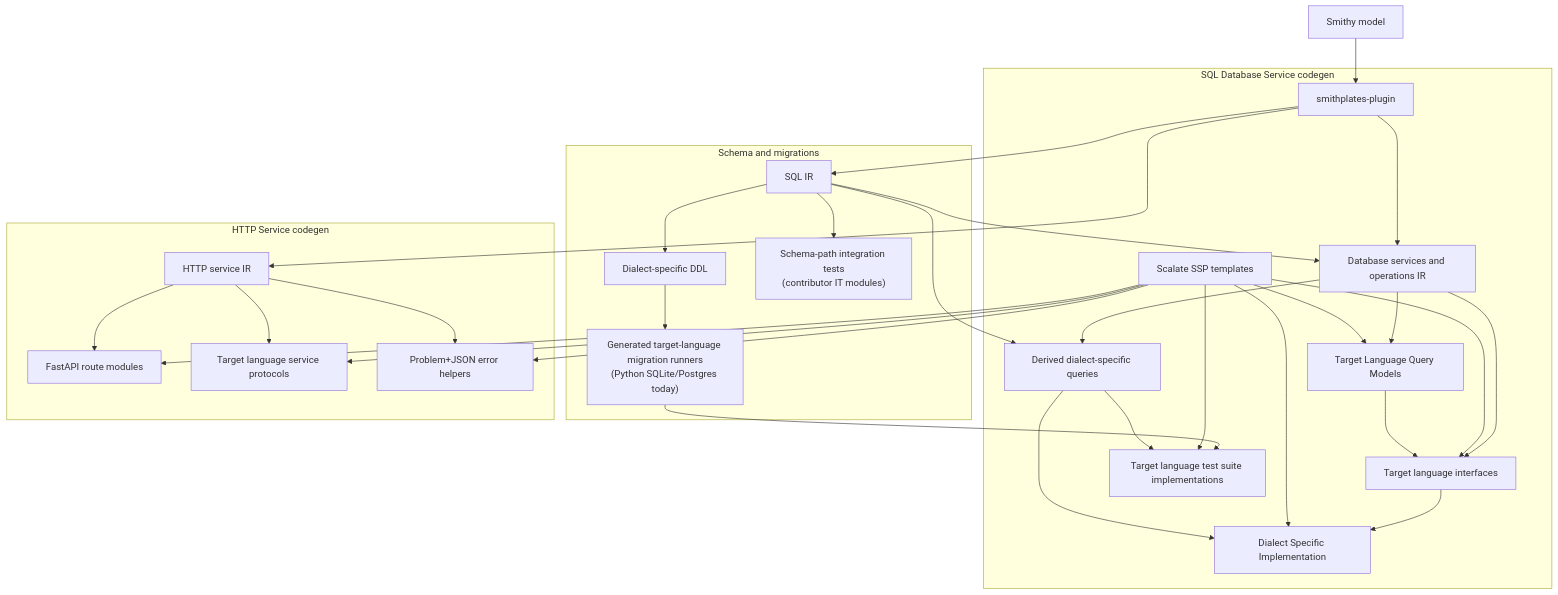
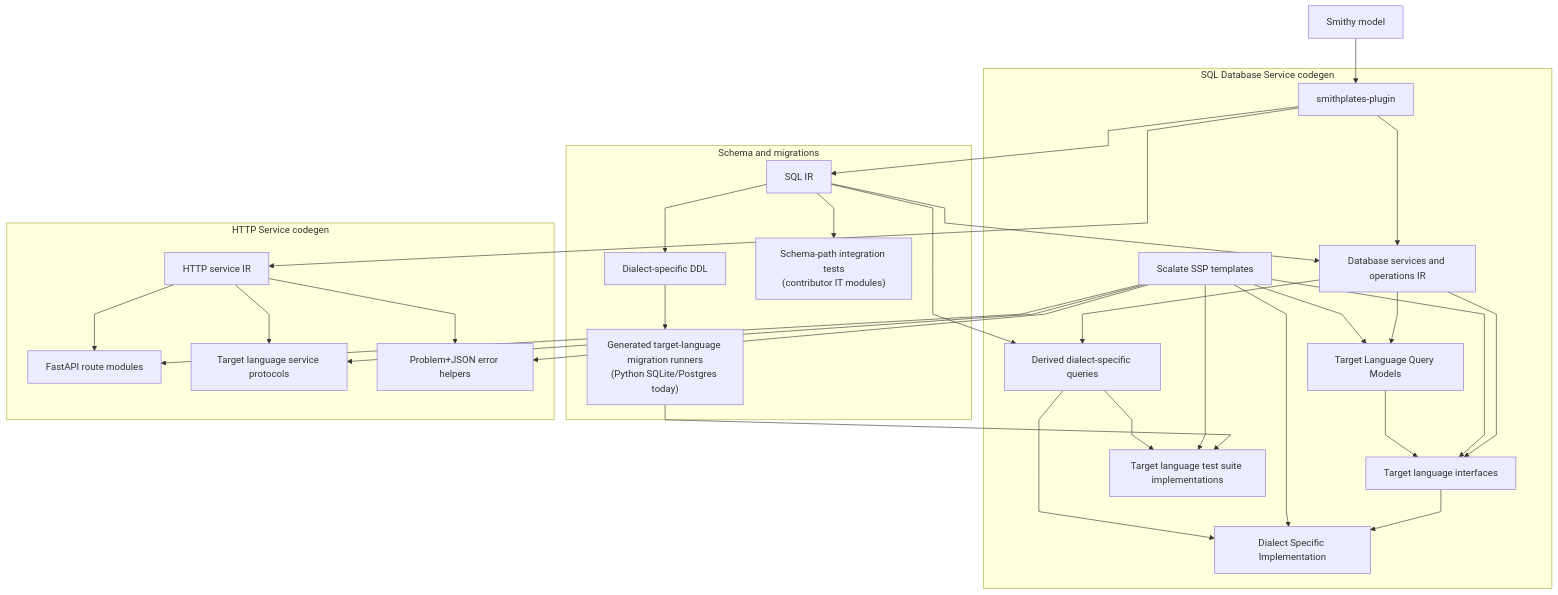
One commit to Jacoby6000/Smithplates changed the diagram in docs/reusable-components/architecture-pipeline.mmd. Above: the diagram before and after it, drawn with Mermaid. The commit also changed 2 other files, not shown here.

Commit message:
Use straight edges in architecture diagram.

```diff
--- a/docs/reusable-components/architecture-pipeline.mmd
+++ b/docs/reusable-components/architecture-pipeline.mmd
@@ -1,51 +1,52 @@
+%%{init: {"flowchart": {"curve": "linear"}}}%%
 flowchart TD
     SM["Smithy model"]
     SSP["smithplates-plugin"]
 
     SM --> SSP
 
     SSP --> SQLIR["SQL IR"]
     SSP --> HTTPIR["HTTP service IR"]
 
 
     subgraph schema["Schema and migrations"]
         SQLIR --> DDL["Dialect-specific DDL"]
         SQLIR --> SchemaIT["Schema-path integration tests<br/>(contributor IT modules)"]
         
         Migration["Generated target-language migration runners<br/>(Python SQLite/Postgres today)"]
         DDL   --> Migration
     end
 
     subgraph services["SQL Database Service codegen"]
         SSP   --> SVCIR["Database services and operations IR"]
         SQLIR --> SVCIR
         
         MT["Scalate SSP templates"]
         SVCIR --> TLQM["Target Language Query Models"]
         MT    --> TLQM
 
         SVCIR --> Interfaces["Target language interfaces"]
         MT    --> Interfaces   
         TLQM  --> Interfaces
 
         SVCIR --> DerivedQueries["Derived dialect-specific queries"]
         SQLIR --> DerivedQueries
 
         Interfaces     --> Impl["Dialect Specific Implementation"]
         MT             --> Impl        
         DerivedQueries --> Impl
 
         Migration      --> TestImpl["Target language test suite implementations"]
         MT             --> TestImpl
         DerivedQueries --> TestImpl
 
     end
 
     subgraph http["HTTP Service codegen"]
         HTTPIR --> Routes["FastAPI route modules"]
         HTTPIR --> Protocols["Target language service protocols"]
         HTTPIR --> Problems["Problem+JSON error helpers"]
         MT --> Routes
         MT --> Protocols
         MT --> Problems
     end
```
